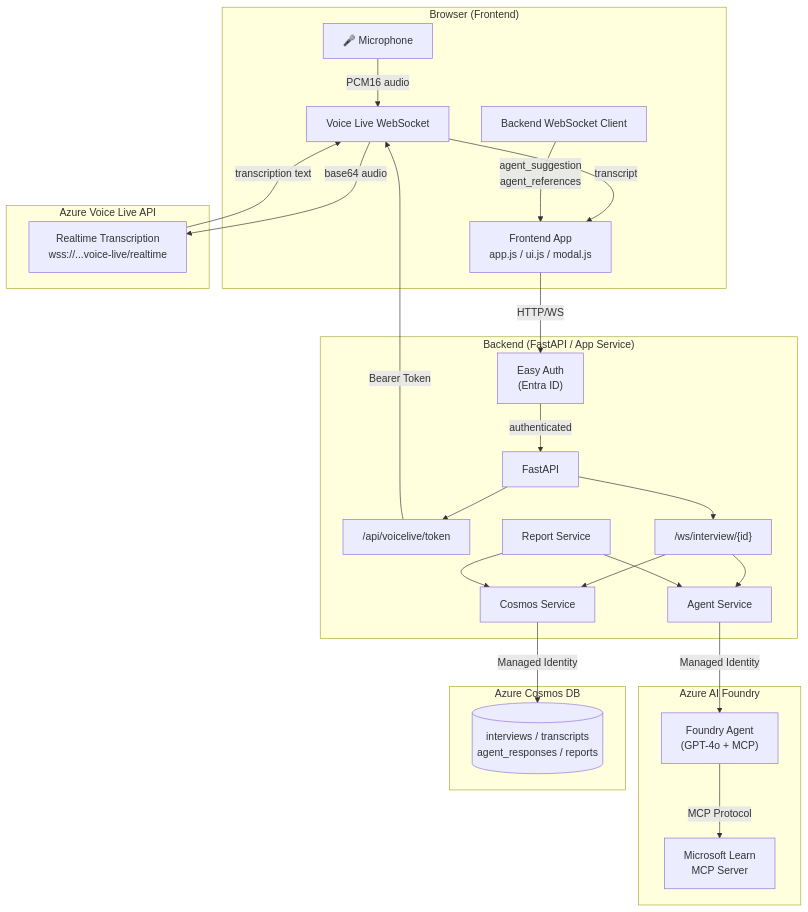
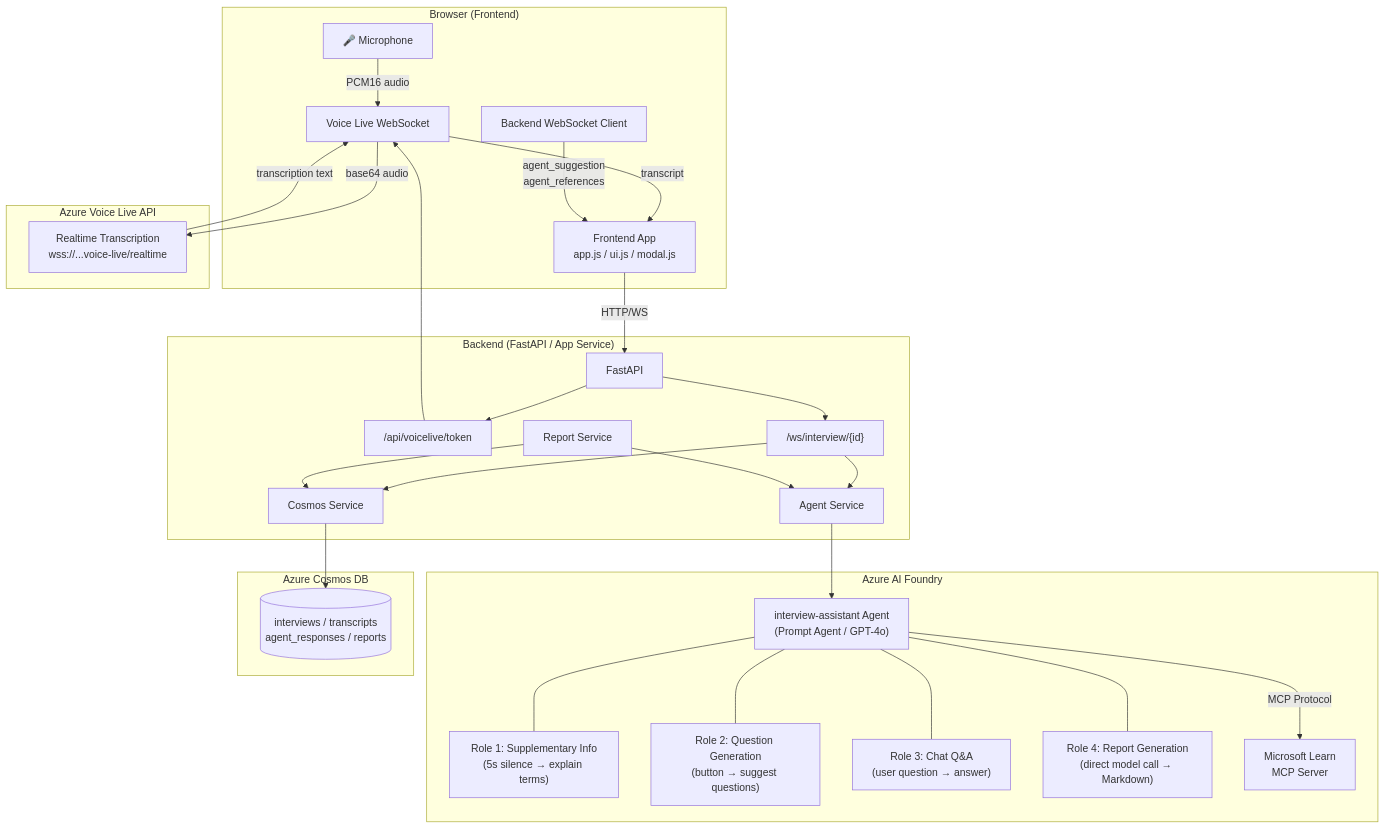
One commit to hatasaki/Interview-Assistant-AI changed the first of 2 diagrams in README.md. Above: the diagram before and after it, drawn with Mermaid. The commit also changed other lines of this file, not shown here.

Commit message:
Refactor architecture diagram in README.md

````diff
--- a/README.md
+++ b/README.md
@@ -30,54 +30,60 @@
 ```mermaid
 graph TB
     subgraph Browser["Browser (Frontend)"]
         MIC["🎤 Microphone"]
         VL_WS["Voice Live WebSocket"]
         FE["Frontend App<br/>app.js / ui.js / modal.js"]
         BE_WS["Backend WebSocket Client"]
     end
 
     subgraph VoiceLive["Azure Voice Live API"]
         VL_API["Realtime Transcription<br/>wss://...voice-live/realtime"]
     end
 
     subgraph Backend["Backend (FastAPI / App Service)"]
-        AUTH["Easy Auth<br/>(Entra ID)"]
         APP["FastAPI"]
         R_VL["/api/voicelive/token"]
         R_WS["/ws/interview/{id}"]
         AGT_SVC["Agent Service"]
         COS_SVC["Cosmos Service"]
         RPT_SVC["Report Service"]
     end
 
     subgraph AI["Azure AI Foundry"]
-        AGENT["Foundry Agent<br/>(GPT-4o + MCP)"]
+        AGENT["interview-assistant Agent<br/>(Prompt Agent / GPT-4o)"]
+        ROLE1["Role 1: Supplementary Info<br/>(5s silence → explain terms)"]
+        ROLE2["Role 2: Question Generation<br/>(button → suggest questions)"]
+        ROLE3["Role 3: Chat Q&A<br/>(user question → answer)"]
+        ROLE4["Role 4: Report Generation<br/>(direct model call → Markdown)"]
         MCP["Microsoft Learn<br/>MCP Server"]
+        AGENT --- ROLE1
+        AGENT --- ROLE2
+        AGENT --- ROLE3
+        AGENT --- ROLE4
+        AGENT -->|"MCP Protocol"| MCP
     end
 
     subgraph DB["Azure Cosmos DB"]
         COSMOS[("interviews / transcripts<br/>agent_responses / reports")]
     end
 
     MIC -->|"PCM16 audio"| VL_WS
     VL_WS -->|"base64 audio"| VL_API
     VL_API -->|"transcription text"| VL_WS
     VL_WS -->|"transcript"| FE
 
-    FE -->|"HTTP/WS"| AUTH
-    AUTH -->|"authenticated"| APP
+    FE -->|"HTTP/WS"| APP
     APP --> R_VL
     APP --> R_WS
-    R_VL -->|"Bearer Token"| VL_WS
+    R_VL --> VL_WS
 
     R_WS --> AGT_SVC
     R_WS --> COS_SVC
     RPT_SVC --> AGT_SVC
     RPT_SVC --> COS_SVC
 
-    AGT_SVC -->|"Managed Identity"| AGENT
-    AGENT -->|"MCP Protocol"| MCP
-    COS_SVC -->|"Managed Identity"| COSMOS
+    AGT_SVC --> AGENT
+    COS_SVC --> COSMOS
 
     BE_WS -->|"agent_suggestion<br/>agent_references"| FE
 ```
````
